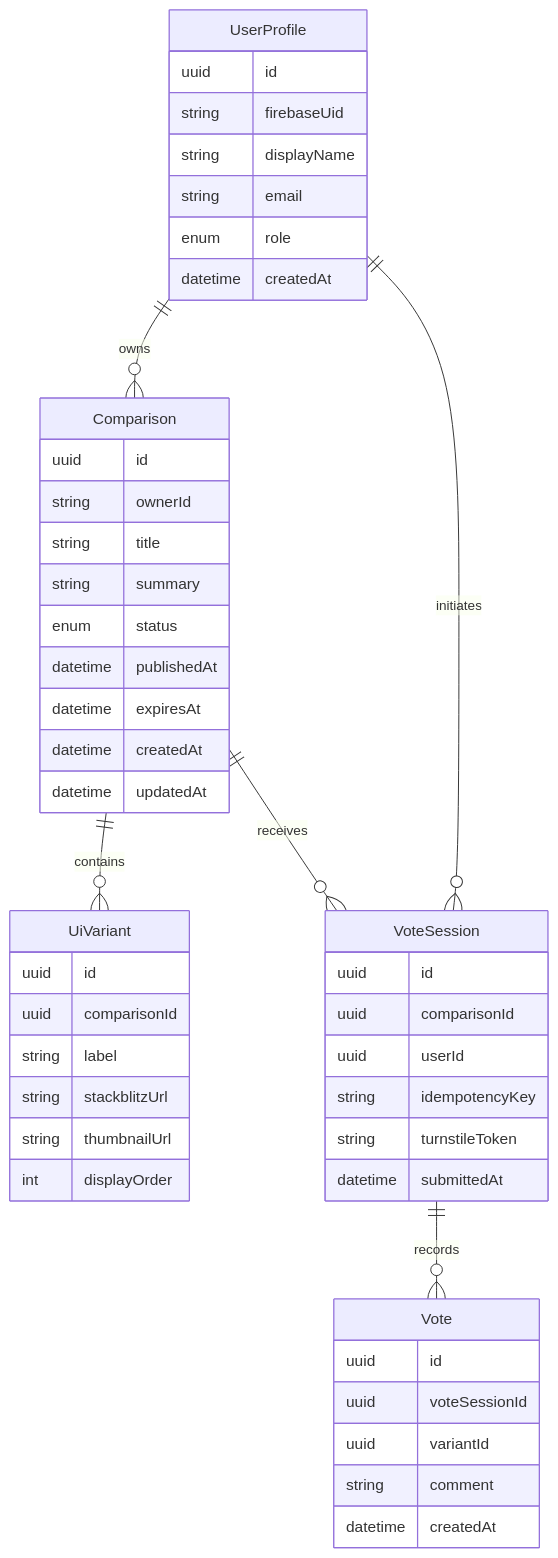
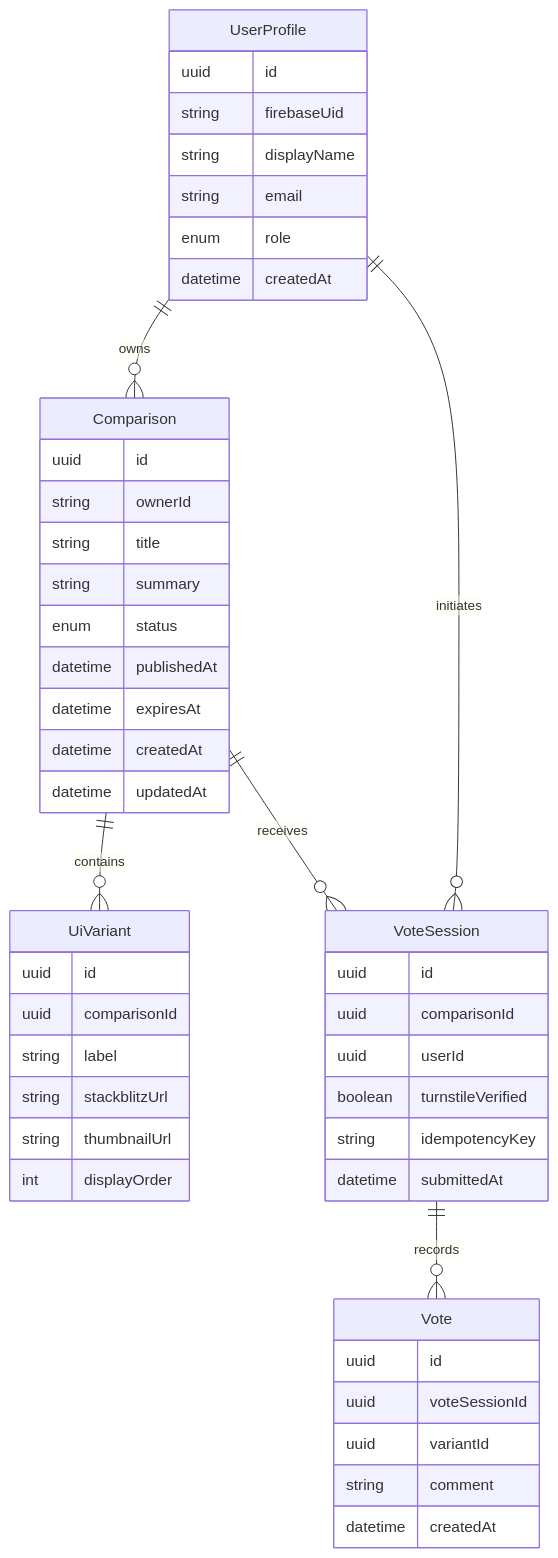
Before and after one commit to ifhito/ui-compare-app: the diagram in specs/domain-model.md, drawn with Mermaid. The commit also changed other lines of this file and 12 other files, not shown here.

````diff
--- a/specs/domain-model.md
+++ b/specs/domain-model.md
@@ -19,55 +19,55 @@
 ```mermaid
 erDiagram
     Comparison ||--o{ UiVariant : contains
     Comparison ||--o{ VoteSession : receives
     VoteSession ||--o{ Vote : records
     UserProfile ||--o{ Comparison : owns
     UserProfile ||--o{ VoteSession : initiates
 
     Comparison {
       uuid id
       string ownerId
       string title
       string summary
       enum status
       datetime publishedAt
       datetime expiresAt
       datetime createdAt
       datetime updatedAt
     }
 
     UiVariant {
       uuid id
       uuid comparisonId
       string label
       string stackblitzUrl
       string thumbnailUrl
       int displayOrder
     }
 
     VoteSession {
       uuid id
       uuid comparisonId
       uuid userId
+      boolean turnstileVerified
       string idempotencyKey
-      string turnstileToken
       datetime submittedAt
     }
 
     Vote {
       uuid id
       uuid voteSessionId
       uuid variantId
       string comment
       datetime createdAt
     }
 
     UserProfile {
       uuid id
       string firebaseUid
       string displayName
       string email
       enum role
       datetime createdAt
     }
 ```
````
